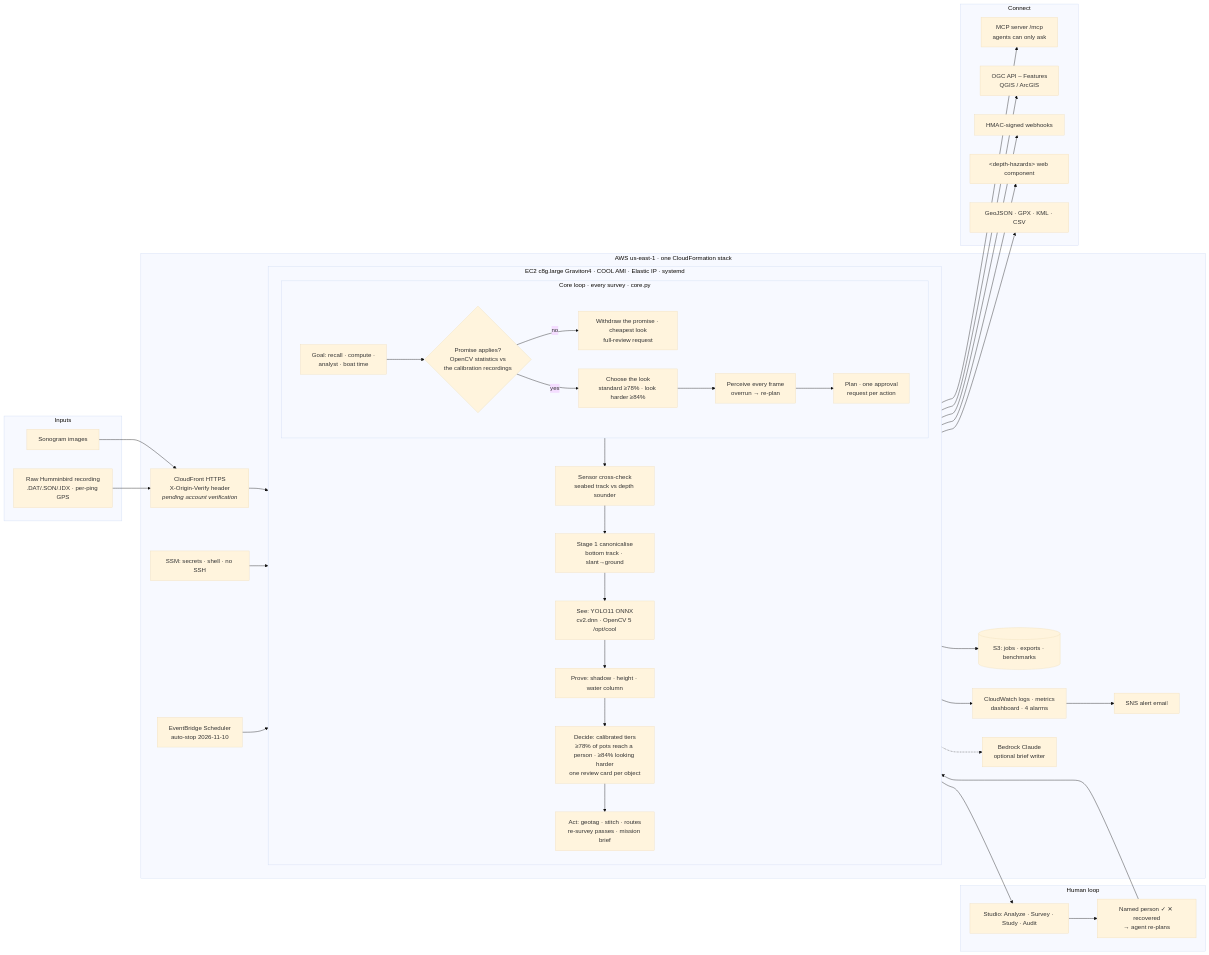
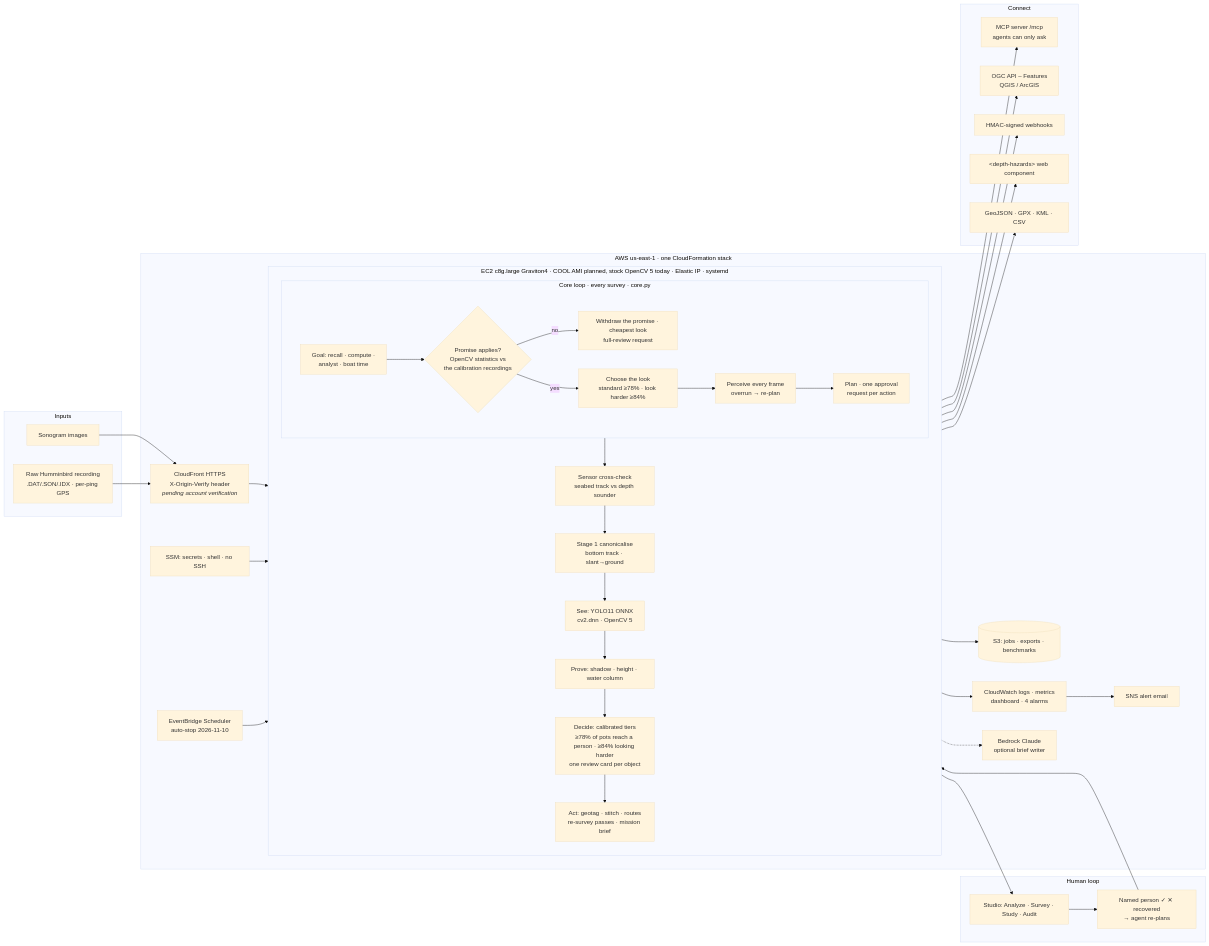
Before and after one commit to madhesh60/depth: the first of 2 diagrams in docs/lucidchart_diagram.md, drawn with Mermaid (base theme). The commit also changed 12 other files, not shown here.

First line of the commit message:
docs: every document says only what is true today - COOL built but not run, the server on stock OpenCV 5, no public URL, the study and audit not yet run

````diff
--- a/docs/lucidchart_diagram.md
+++ b/docs/lucidchart_diagram.md
@@ -11,60 +11,60 @@
 ```mermaid
 flowchart LR
   subgraph IN[Inputs]
     SON[Sonogram images]
     RAW[Raw Humminbird recording<br/>.DAT/.SON/.IDX · per-ping GPS]
   end
 
   subgraph AWS[AWS us-east-1 · one CloudFormation stack]
     CF[CloudFront HTTPS<br/>X-Origin-Verify header<br/><i>pending account verification</i>]
-    subgraph EC2[EC2 c8g.large Graviton4 · COOL AMI · Elastic IP · systemd]
+    subgraph EC2[EC2 c8g.large Graviton4 · COOL AMI planned, stock OpenCV 5 today · Elastic IP · systemd]
       direction TB
       subgraph LOOP[Core loop · every survey · core.py]
         direction LR
         G[Goal: recall · compute ·<br/>analyst · boat time] --> CK{Promise applies?<br/>OpenCV statistics vs<br/>the calibration recordings}
         CK -- no --> FR[Withdraw the promise · cheapest look<br/>full-review request]
         CK -- yes --> MODE[Choose the look<br/>standard ≥78% · look harder ≥84%]
         MODE --> PER[Perceive every frame<br/>overrun → re-plan]
         PER --> ASK[Plan · one approval<br/>request per action]
       end
       S0[Sensor cross-check<br/>seabed track vs depth sounder]
       S1[Stage 1 canonicalise<br/>bottom track · slant→ground]
-      S2[See: YOLO11 ONNX<br/>cv2.dnn · OpenCV 5 /opt/cool]
+      S2[See: YOLO11 ONNX<br/>cv2.dnn · OpenCV 5]
       S3[Prove: shadow · height · water column]
       S4[Decide: calibrated tiers<br/>≥78% of pots reach a person · ≥84% looking harder<br/>one review card per object]
       S5[Act: geotag · stitch · routes<br/>re-survey passes · mission brief]
       S0 --> S1 --> S2 --> S3 --> S4 --> S5
     end
     S3B[(S3: jobs · exports · benchmarks)]
     CW[CloudWatch logs · metrics<br/>dashboard · 4 alarms]
     SNS[SNS alert email]
     SSM[SSM: secrets · shell · no SSH]
     SCH[EventBridge Scheduler<br/>auto-stop 2026-11-10]
     BED[Bedrock Claude<br/>optional brief writer]
   end
 
   subgraph HUM[Human loop]
     STU[Studio: Analyze · Survey · Study · Audit]
     PPL[Named person ✓ ✕ recovered<br/>→ agent re-plans]
   end
 
   subgraph OUT[Connect]
     MCP[MCP server /mcp<br/>agents can only ask]
     OGC[OGC API – Features<br/>QGIS / ArcGIS]
     WH[HMAC-signed webhooks]
     EMB[&lt;depth-hazards&gt; web component]
     EXP[GeoJSON · GPX · KML · CSV]
   end
 
   SON --> CF
   RAW --> CF
   CF --> EC2
   EC2 --> S3B
   EC2 --> CW --> SNS
   SSM --> EC2
   SCH --> EC2
   S5 -.-> BED
   PER --> S0
   ASK --> STU --> PPL --> S5
   S5 --> MCP & OGC & WH & EMB & EXP
 ```
````
